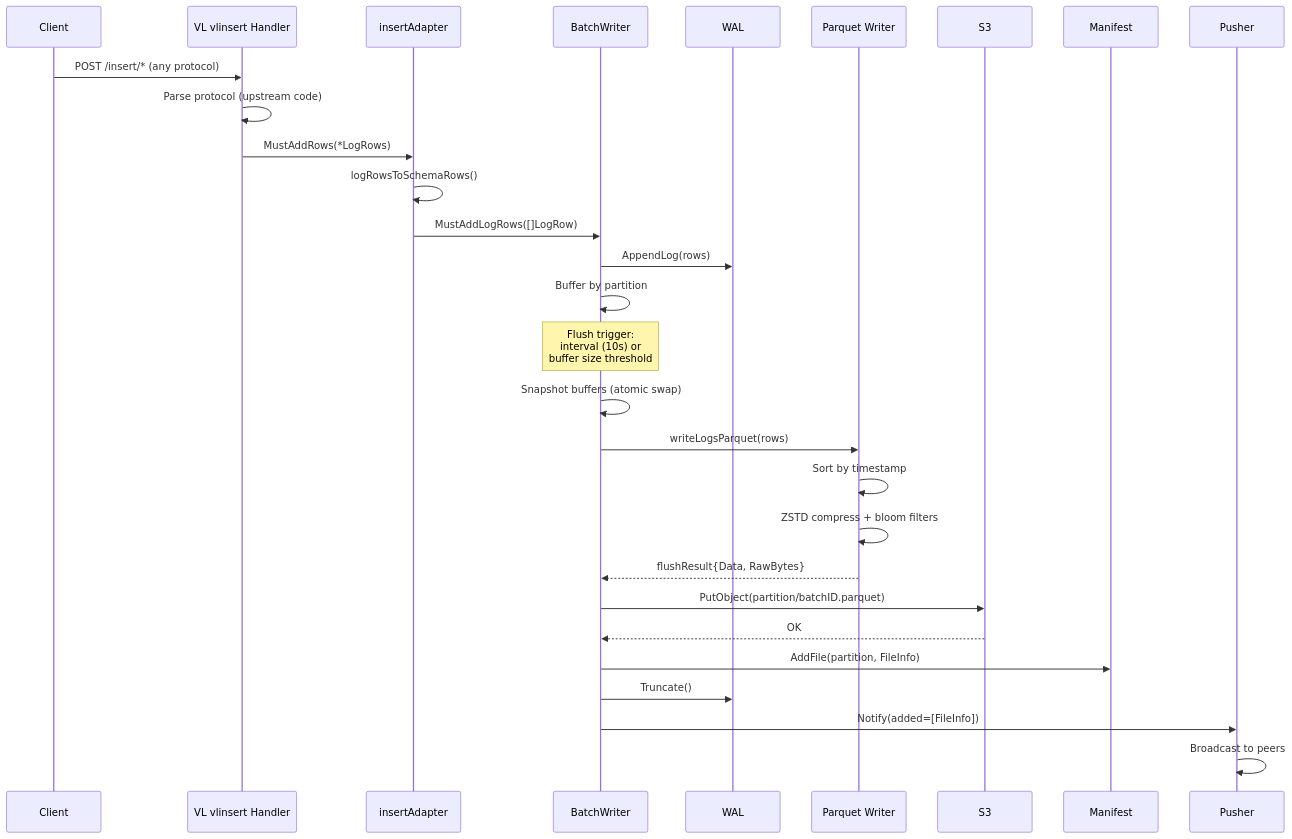
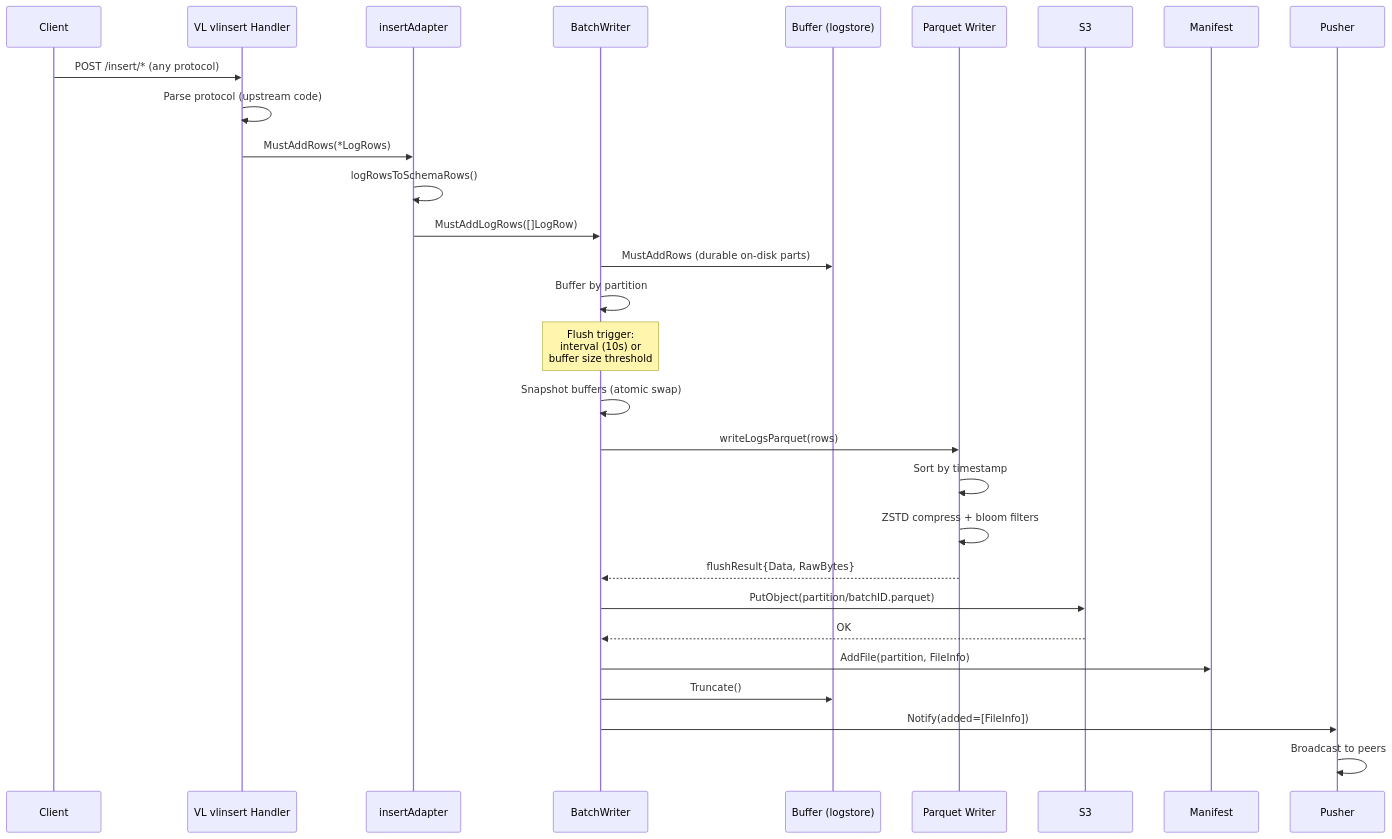
One commit to ReliablyObserve/victoria-lakehouse changed the second of 17 diagrams in docs/storage-flow.md. Above: the diagram before and after it, drawn with Mermaid. The commit also changed other lines of this file and 5 other files, not shown here.

````diff
--- a/docs/storage-flow.md
+++ b/docs/storage-flow.md
@@ -47,35 +47,35 @@
 ```mermaid
 sequenceDiagram
     participant C as Client
     participant VLH as VL vlinsert Handler
     participant A as insertAdapter
     participant BW as BatchWriter
-    participant W as WAL
+    participant W as Buffer (logstore)
     participant PW as Parquet Writer
     participant S3 as S3
     participant M as Manifest
     participant P as Pusher
 
     C->>VLH: POST /insert/* (any protocol)
     VLH->>VLH: Parse protocol (upstream code)
     VLH->>A: MustAddRows(*LogRows)
     A->>A: logRowsToSchemaRows()
     A->>BW: MustAddLogRows([]LogRow)
-    BW->>W: AppendLog(rows)
+    BW->>W: MustAddRows (durable on-disk parts)
     BW->>BW: Buffer by partition
     
     Note over BW: Flush trigger:<br/>interval (10s) or<br/>buffer size threshold
 
     BW->>BW: Snapshot buffers (atomic swap)
     BW->>PW: writeLogsParquet(rows)
     PW->>PW: Sort by timestamp
     PW->>PW: ZSTD compress + bloom filters
     PW-->>BW: flushResult{Data, RawBytes}
     
     BW->>S3: PutObject(partition/batchID.parquet)
     S3-->>BW: OK
     BW->>M: AddFile(partition, FileInfo)
     BW->>W: Truncate()
     BW->>P: Notify(added=[FileInfo])
     P->>P: Broadcast to peers
 ```
````
